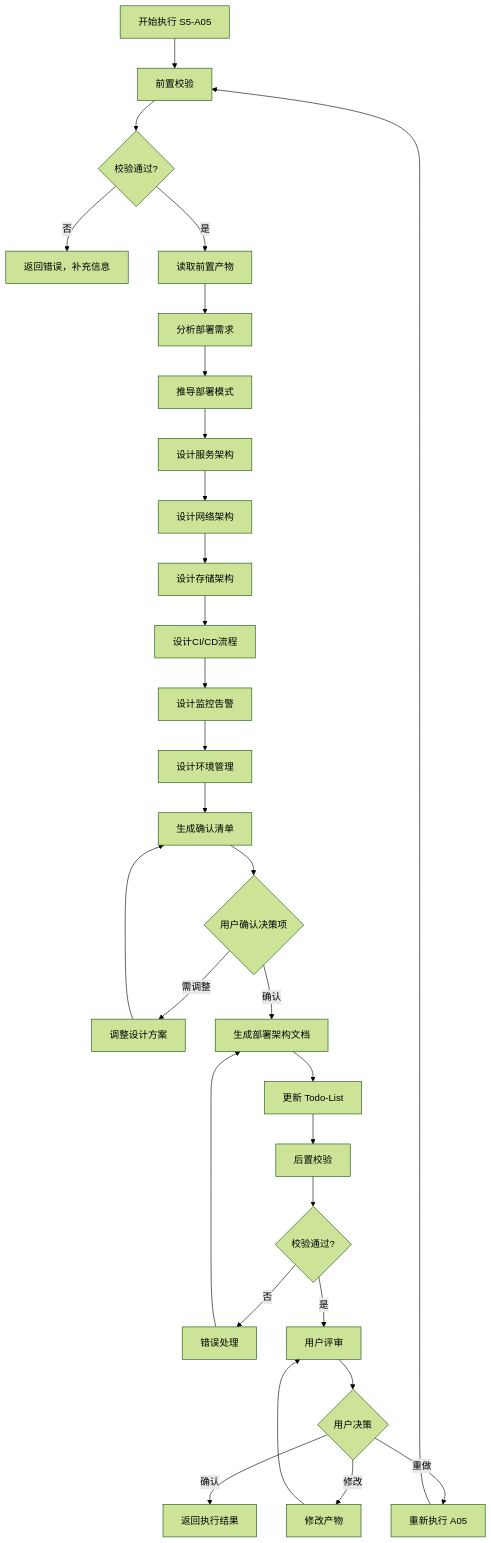
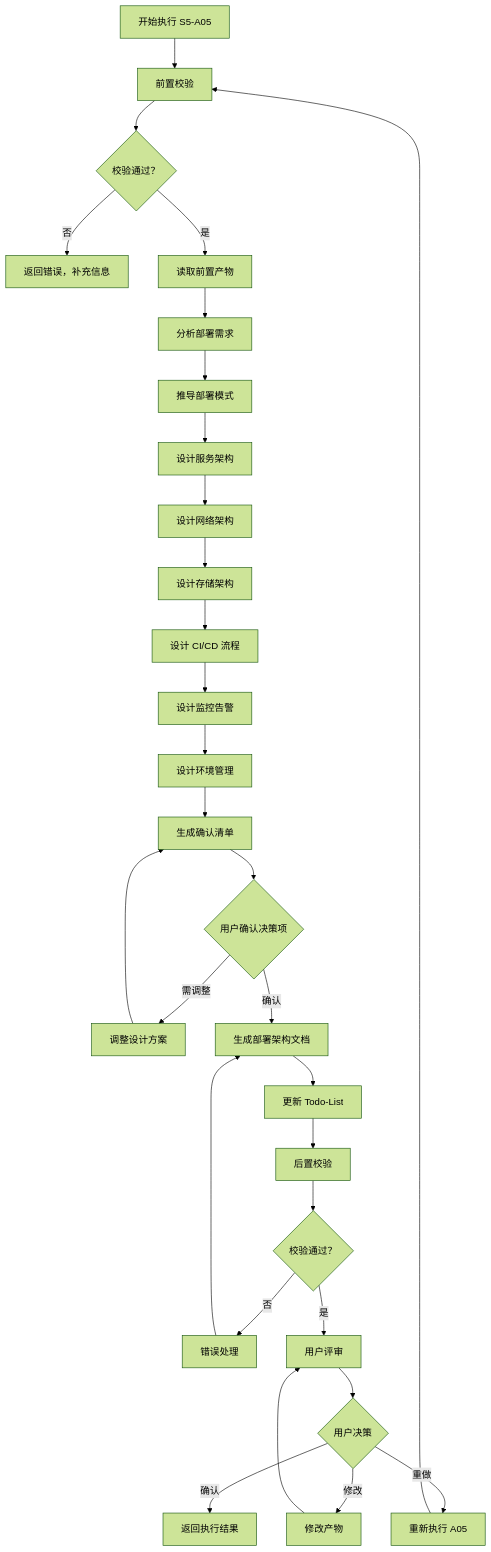
The first of 3 diagrams in skills/s5-deployment/SKILL.md (HeartFlying/swf), drawn with Mermaid (forest theme) before and after one commit. The commit also changed other lines of this file and 24 other files, not shown here.

````diff
--- a/skills/s5-deployment/SKILL.md
+++ b/skills/s5-deployment/SKILL.md
@@ -116,32 +102,32 @@
 ```mermaid
 flowchart TD
     Start[开始执行 S5-A05] --> PreCheck[前置校验]
-    PreCheck --> CheckResult{校验通过?}
+    PreCheck --> CheckResult{校验通过？}
     CheckResult -->|否| Error[返回错误，补充信息]
     CheckResult -->|是| LoadInput[读取前置产物]
     LoadInput --> Analyze[分析部署需求]
     Analyze --> DeriveMode[推导部署模式]
     DeriveMode --> DesignService[设计服务架构]
     DesignService --> DesignNetwork[设计网络架构]
     DesignNetwork --> DesignStorage[设计存储架构]
-    DesignStorage --> DesignCICD[设计CI/CD流程]
+    DesignStorage --> DesignCICD[设计 CI/CD 流程]
     DesignCICD --> DesignMonitor[设计监控告警]
     DesignMonitor --> DesignEnv[设计环境管理]
     DesignEnv --> GenConfirm[生成确认清单]
     GenConfirm --> UserConfirm{用户确认决策项}
     UserConfirm -->|需调整| Adjust[调整设计方案]
     Adjust --> GenConfirm
     UserConfirm -->|确认| GenDoc[生成部署架构文档]
     GenDoc --> UpdateTodo[更新 Todo-List]
     UpdateTodo --> PostCheck[后置校验]
-    PostCheck --> PostResult{校验通过?}
+    PostCheck --> PostResult{校验通过？}
     PostResult -->|否| HandleError[错误处理]
     HandleError --> GenDoc
     PostResult -->|是| Review[用户评审]
     Review --> ReviewResult{用户决策}
     ReviewResult -->|确认| Return[返回执行结果]
     ReviewResult -->|修改| Modify[修改产物]
     Modify --> Review
     ReviewResult -->|重做| ReExecute[重新执行 A05]
     ReExecute --> PreCheck
 ```
````
